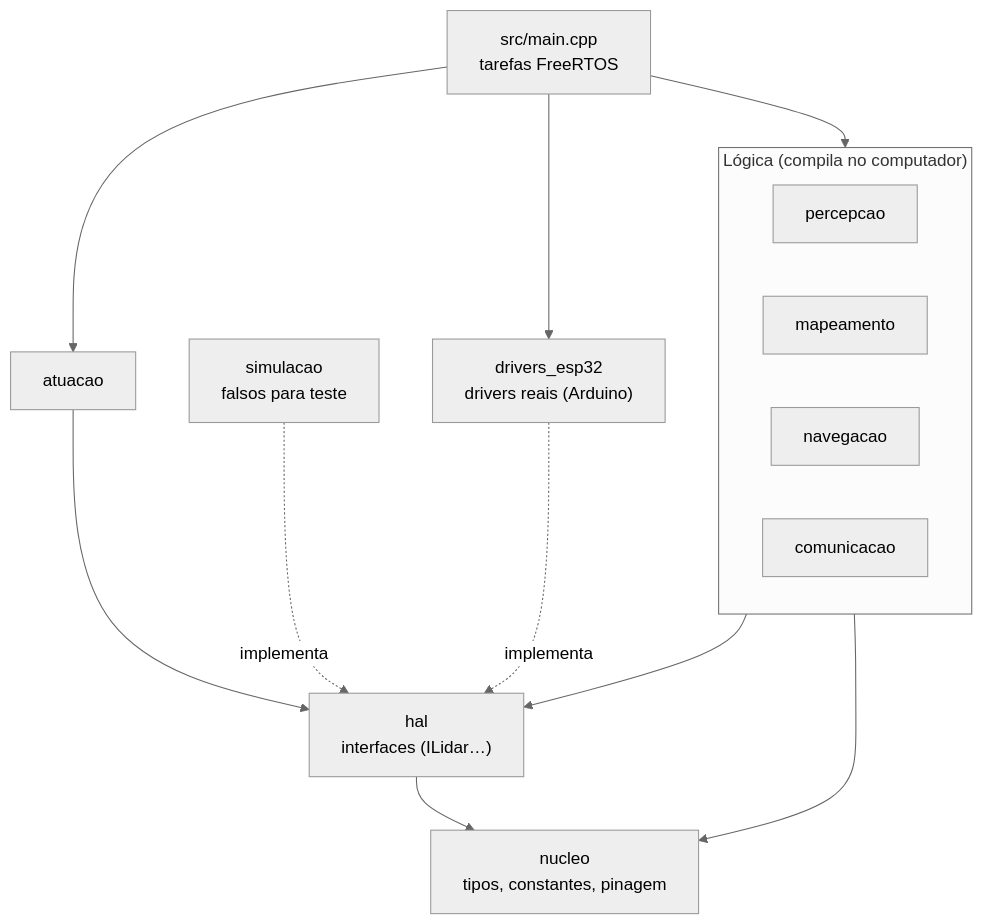
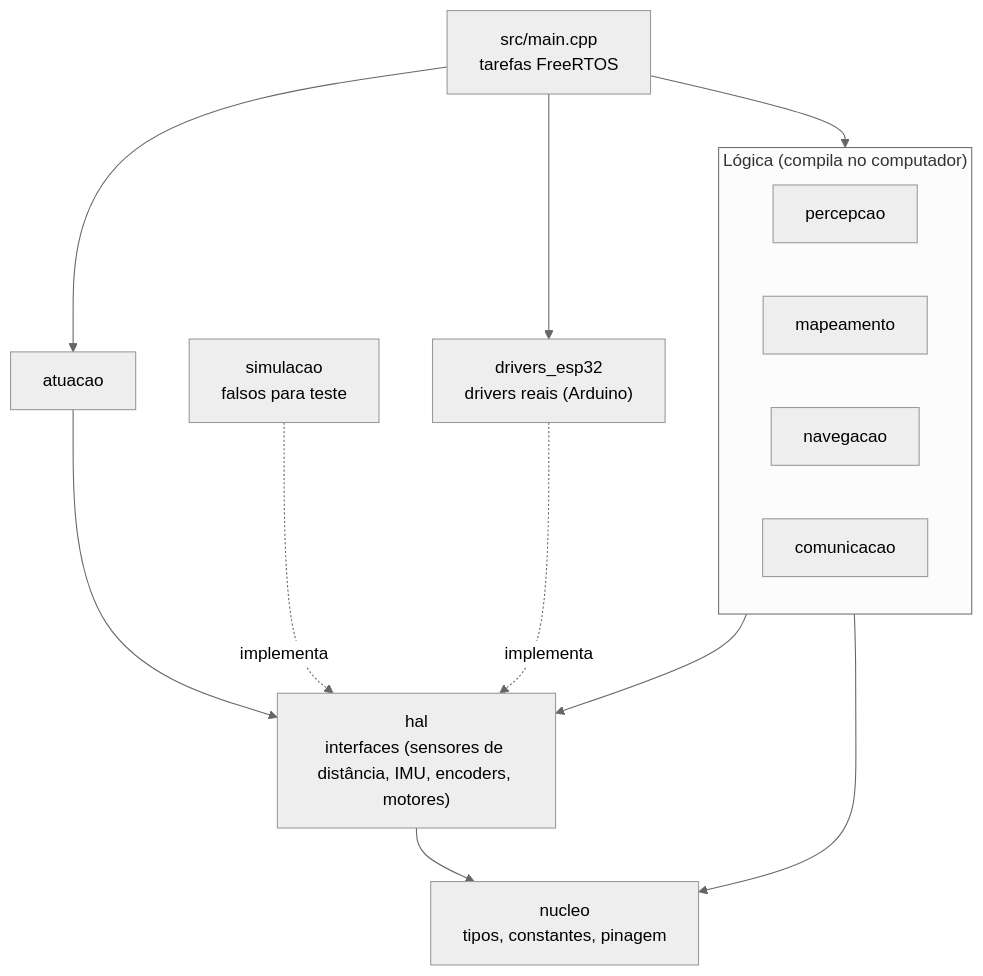
The first of 8 diagrams in docs/04-projeto-conceitual/firmware.md (claudiohsc/2026_2_PI1_Grupo01_Hilmer-1), drawn with Mermaid (neutral theme) before and after one commit. The commit also changed other lines of this file and 1 other file, not shown here.

````diff
--- a/docs/04-projeto-conceitual/firmware.md
+++ b/docs/04-projeto-conceitual/firmware.md
@@ -11,25 +11,25 @@
 ```mermaid
 flowchart TB
     main["src/main.cpp<br/>tarefas FreeRTOS"]
     subgraph logica["Lógica (compila no computador)"]
         percepcao["percepcao"]
         mapeamento["mapeamento"]
         navegacao["navegacao"]
         comunicacao["comunicacao"]
     end
     atuacao["atuacao"]
-    hal["hal<br/>interfaces (ILidar…)"]
+    hal["hal<br/>interfaces (sensores de distância, IMU, encoders, motores)"]
     nucleo["nucleo<br/>tipos, constantes, pinagem"]
     simulacao["simulacao<br/>falsos para teste"]
     drivers["drivers_esp32<br/>drivers reais (Arduino)"]
 
     main --> logica
     main --> atuacao
     main --> drivers
     logica --> hal
     logica --> nucleo
     atuacao --> hal
     hal --> nucleo
     simulacao -. implementa .-> hal
     drivers -. implementa .-> hal
 ```
````
